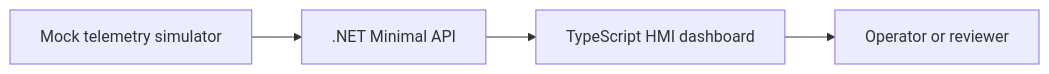
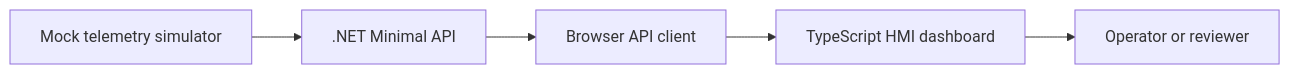
The diagram in docs/architecture.md (hamsaal/industrial-hmi-scada-lite), drawn with Mermaid before and after one commit. The commit also changed other lines of this file and 7 other files, not shown here.

````diff
--- a/docs/architecture.md
+++ b/docs/architecture.md
@@ -16,11 +16,13 @@
 ```mermaid
 flowchart LR
   Simulator["Mock telemetry simulator"]
   Api[".NET Minimal API"]
+  ApiClient["Browser API client"]
   Browser["TypeScript HMI dashboard"]
   Operator["Operator or reviewer"]
 
   Simulator --> Api
-  Api --> Browser
+  Api --> ApiClient
+  ApiClient --> Browser
   Browser --> Operator
 ```
````
